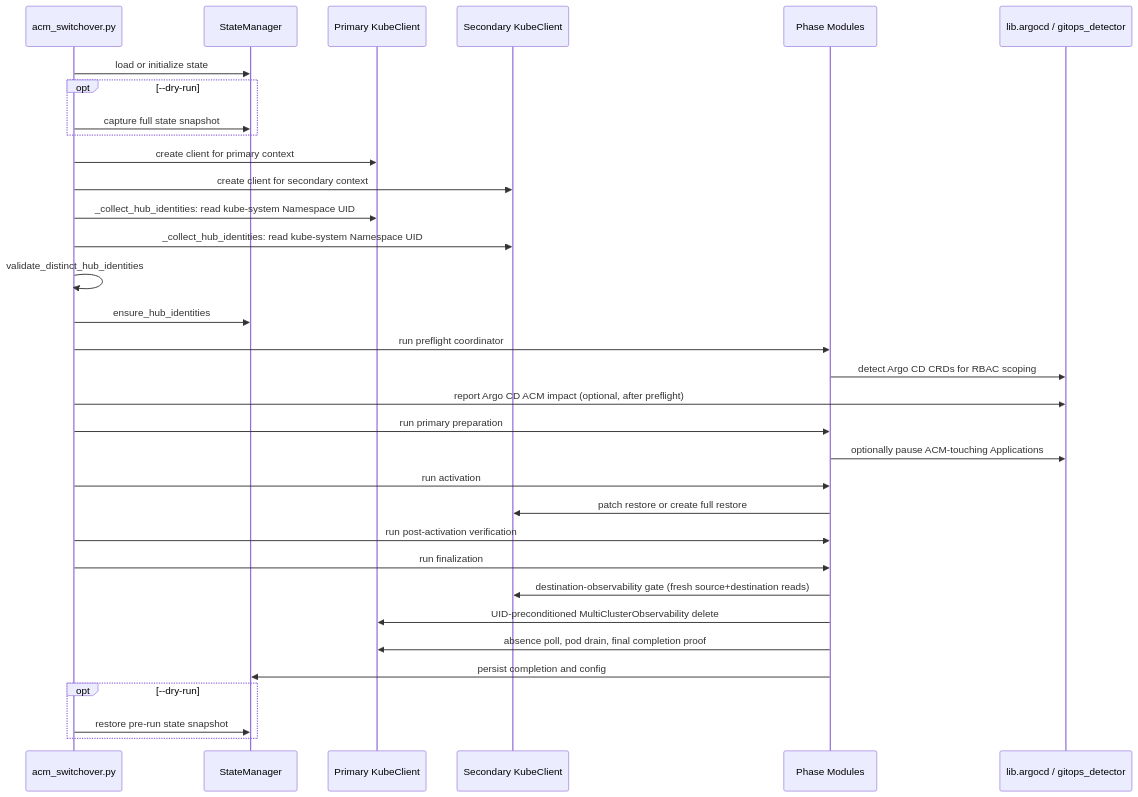
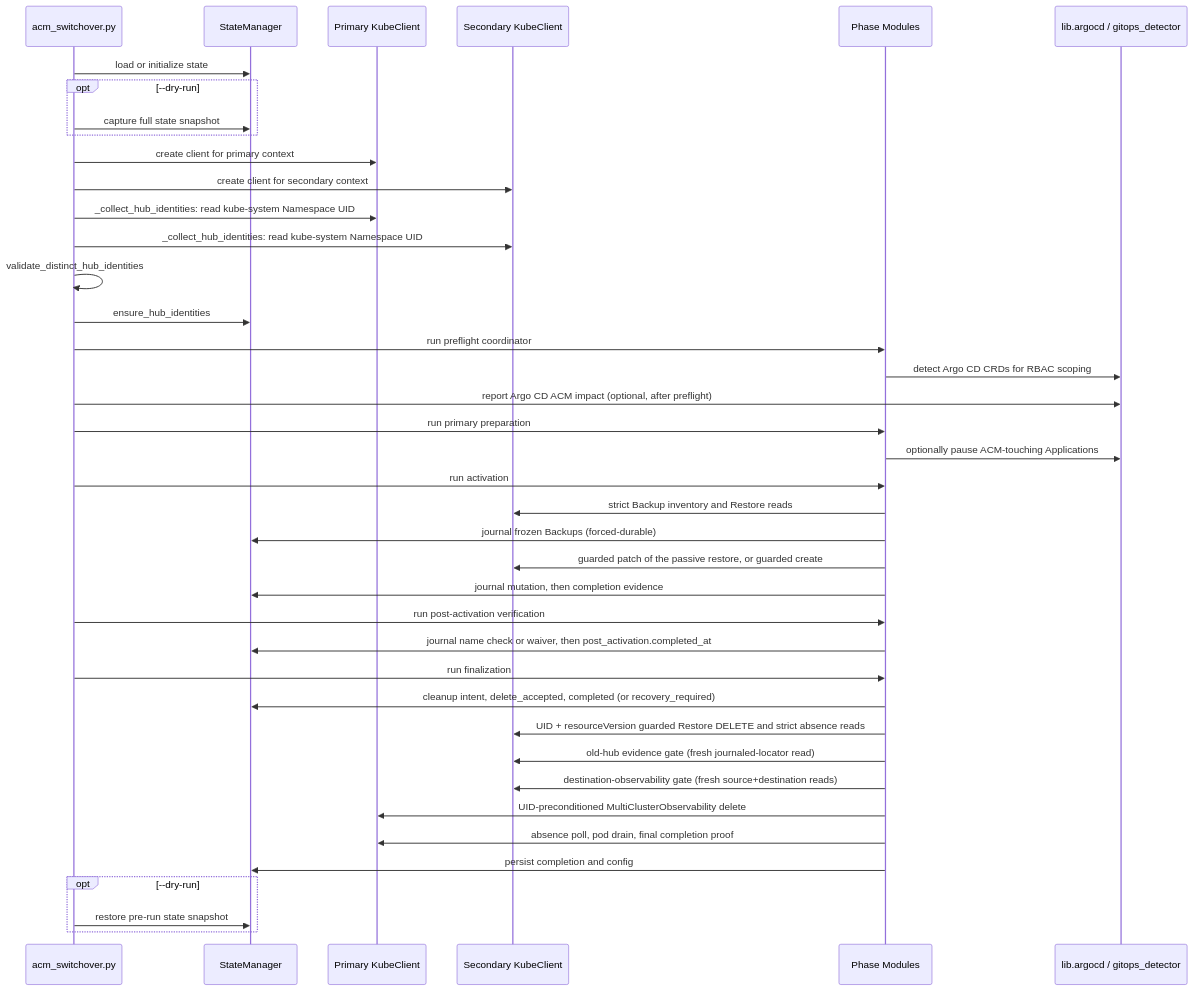
The fourth of 4 diagrams in docs/development/architecture.md (tomazb/rh-acm-switchover), drawn with Mermaid before and after one commit. The commit also changed other lines of this file and 19 other files, not shown here.

````diff
--- a/docs/development/architecture.md
+++ b/docs/development/architecture.md
@@ -562,36 +642,43 @@
 ```mermaid
 sequenceDiagram
     participant CLI as acm_switchover.py
     participant State as StateManager
     participant P as Primary KubeClient
     participant S as Secondary KubeClient
     participant Mods as Phase Modules
     participant Argo as lib.argocd / gitops_detector
 
     CLI->>State: load or initialize state
     opt --dry-run
         CLI->>State: capture full state snapshot
     end
     CLI->>P: create client for primary context
     CLI->>S: create client for secondary context
     CLI->>P: _collect_hub_identities: read kube-system Namespace UID
     CLI->>S: _collect_hub_identities: read kube-system Namespace UID
     CLI->>CLI: validate_distinct_hub_identities
     CLI->>State: ensure_hub_identities
     CLI->>Mods: run preflight coordinator
     Mods->>Argo: detect Argo CD CRDs for RBAC scoping
     CLI->>Argo: report Argo CD ACM impact (optional, after preflight)
     CLI->>Mods: run primary preparation
     Mods->>Argo: optionally pause ACM-touching Applications
     CLI->>Mods: run activation
-    Mods->>S: patch restore or create full restore
+    Mods->>S: strict Backup inventory and Restore reads
+    Mods->>State: journal frozen Backups (forced-durable)
+    Mods->>S: guarded patch of the passive restore, or guarded create
+    Mods->>State: journal mutation, then completion evidence
     CLI->>Mods: run post-activation verification
+    Mods->>State: journal name check or waiver, then post_activation.completed_at
     CLI->>Mods: run finalization
+    Mods->>State: cleanup intent, delete_accepted, completed (or recovery_required)
+    Mods->>S: UID + resourceVersion guarded Restore DELETE and strict absence reads
+    Mods->>S: old-hub evidence gate (fresh journaled-locator read)
     Mods->>S: destination-observability gate (fresh source+destination reads)
     Mods->>P: UID-preconditioned MultiClusterObservability delete
     Mods->>P: absence poll, pod drain, final completion proof
     Mods->>State: persist completion and config
     opt --dry-run
         CLI->>State: restore pre-run state snapshot
     end
 ```
````
